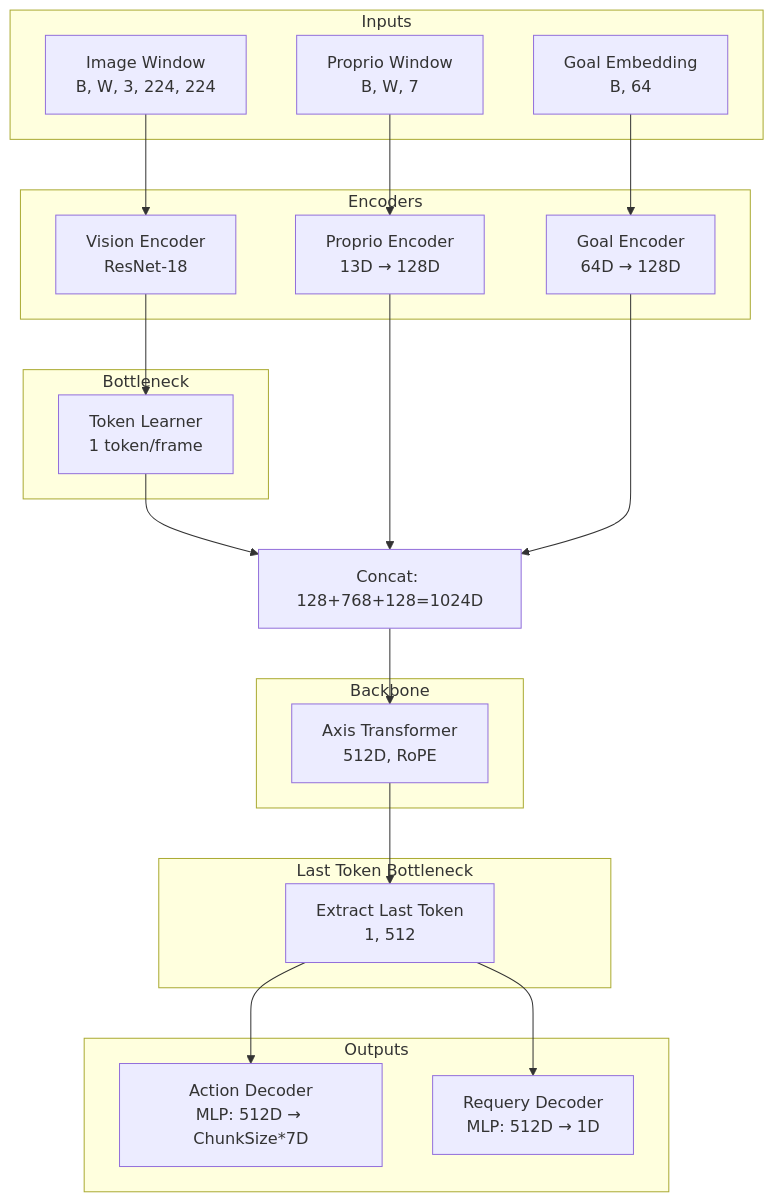
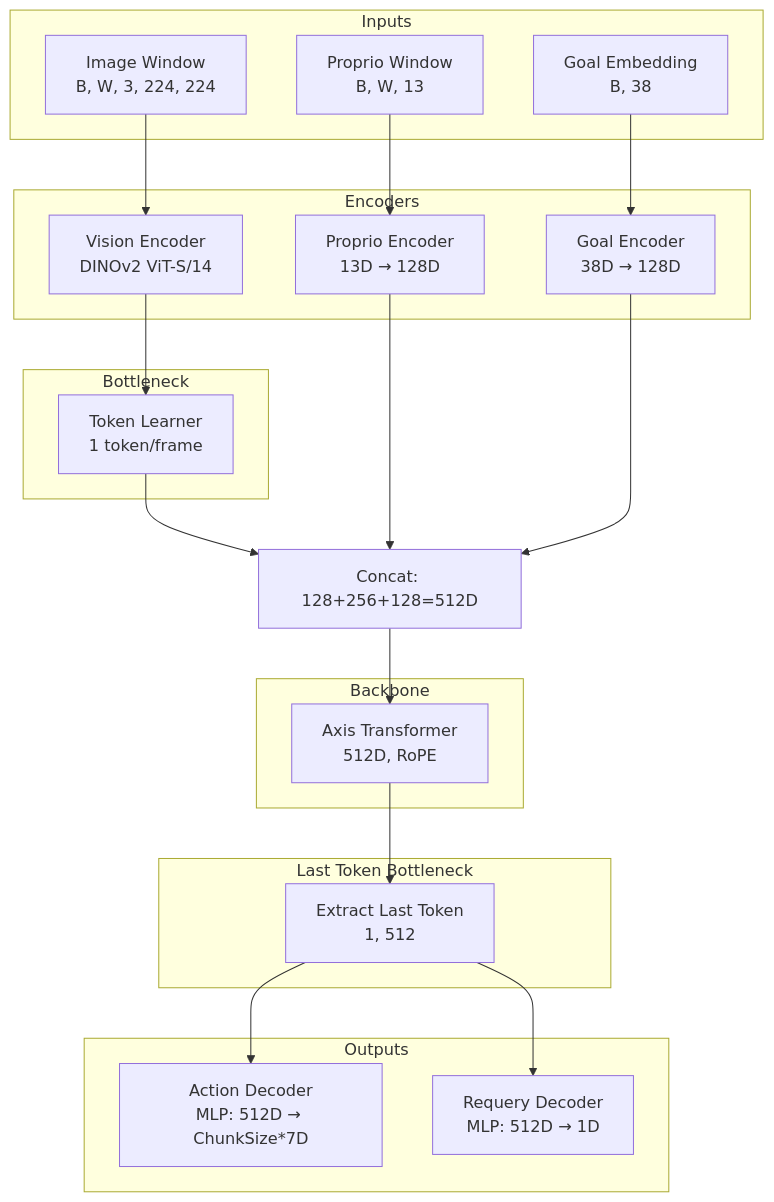
One commit to Thoooomas14/Axis changed the diagram in docs/model_design.md. Above: the diagram before and after it, drawn with Mermaid. The commit also changed other lines of this file and 7 other files, not shown here.

````diff
--- a/docs/model_design.md
+++ b/docs/model_design.md
@@ -16,44 +17,44 @@
 ```mermaid
 graph TD
     subgraph Inputs
         Img[Image Window<br/>B, W, 3, 224, 224]
-        Prop[Proprio Window<br/>B, W, 7]
-        Goal[Goal Embedding<br/>B, 64]
+        Prop[Proprio Window<br/>B, W, 13]
+        Goal[Goal Embedding<br/>B, 38]
     end
 
     subgraph Encoders
-        VE[Vision Encoder<br/>ResNet-18]
+        VE[Vision Encoder<br/>DINOv2 ViT-S/14]
         PE[Proprio Encoder<br/>13D → 128D]
-        GE[Goal Encoder<br/>64D → 128D]
+        GE[Goal Encoder<br/>38D → 128D]
     end
 
     subgraph Bottleneck
         TL[Token Learner<br/>1 token/frame]
     end
 
     subgraph Backbone
         T[Axis Transformer<br/>512D, RoPE]
     end
 
     subgraph "Last Token Bottleneck"
         LT[Extract Last Token<br/>1, 512]
     end
 
     subgraph Outputs
         AD[Action Decoder<br/>MLP: 512D → ChunkSize*7D]
         RD[Requery Decoder<br/>MLP: 512D → 1D]
     end
 
     Img --> VE --> TL
     Prop --> PE
     Goal --> GE
     
     TL --> Concat
     PE --> Concat
     GE --> Concat
-    Concat[Concat: 128+768+128=1024D] --> T
+    Concat[Concat: 128+256+128=512D] --> T
     
     T --> LT
     LT --> AD
     LT --> RD
 ```
````
